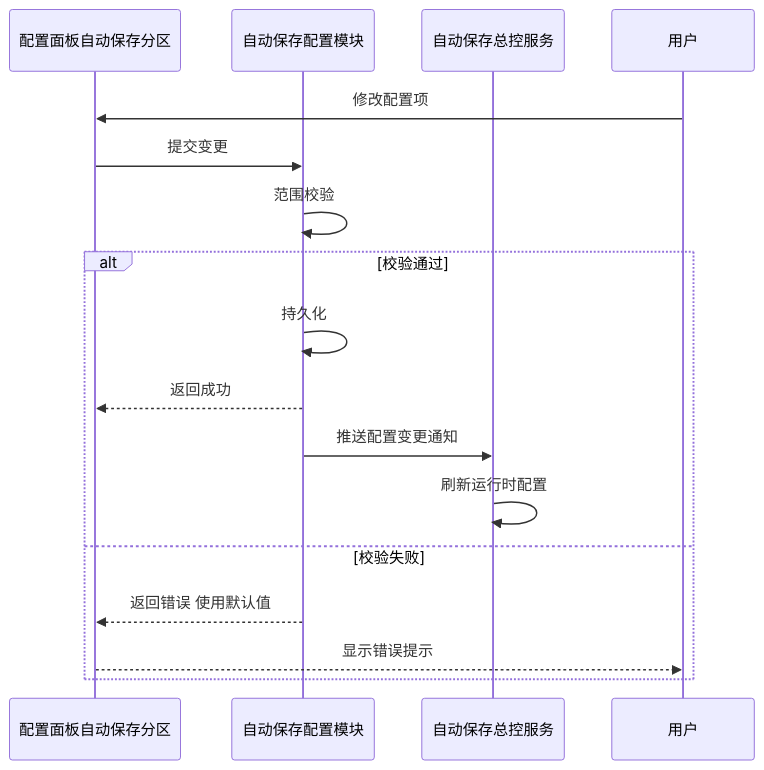
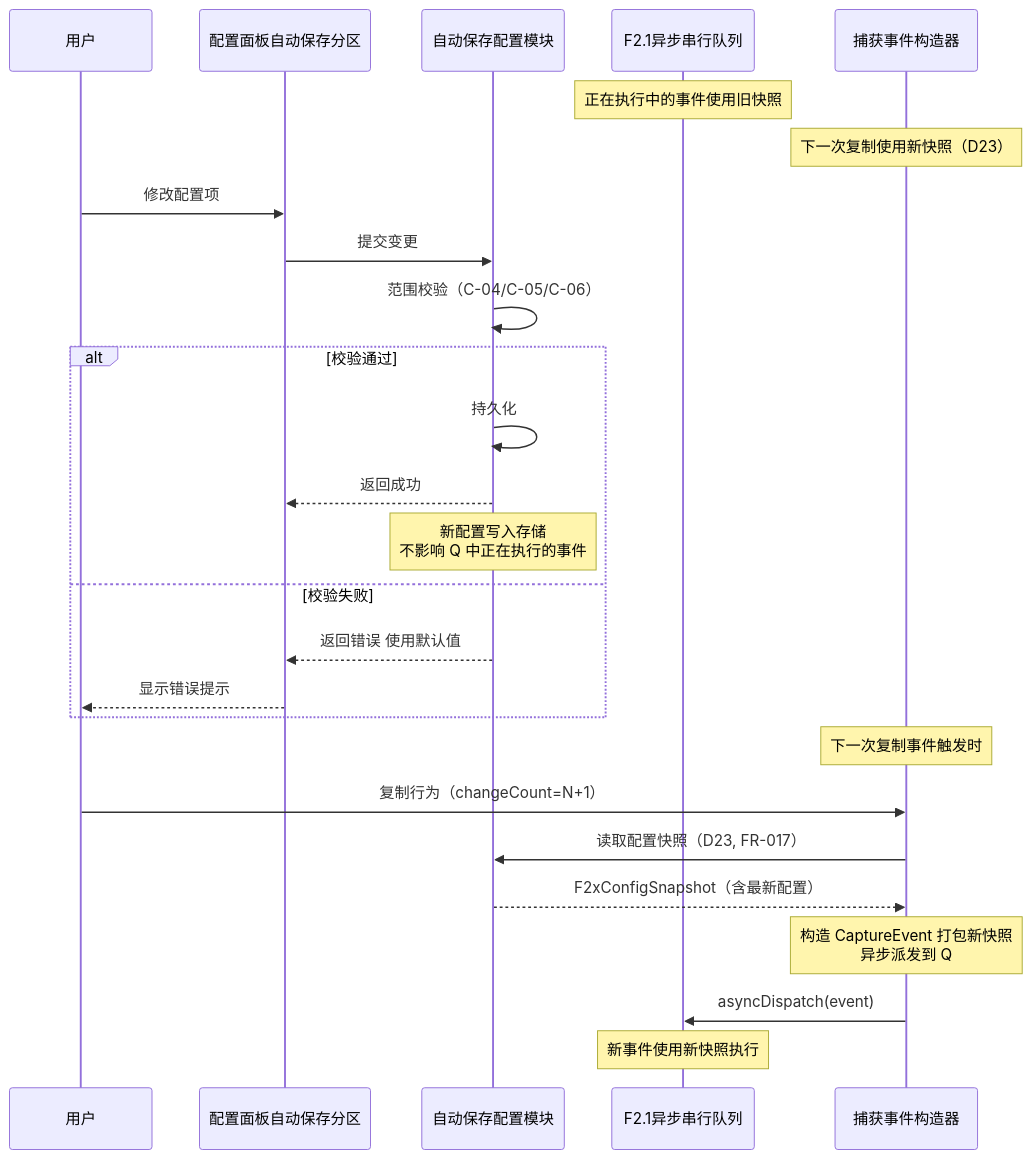
One commit to marcocpt/ClipMind changed the third of 6 diagrams in docs/planning/P1/F2.1/F2.1_自动保存到文件_设计文档.md. Above: the diagram before and after it, drawn with Mermaid. The commit also changed other lines of this file and 3 other files, not shown here.

First line of the commit message:
docs(F2.1): revise specs based on 24 architecture decisions

````diff
--- a/docs/planning/P1/F2.1/F2.1_自动保存到文件_设计文档.md
+++ b/docs/planning/P1/F2.1/F2.1_自动保存到文件_设计文档.md
@@ -259,20 +339,31 @@
 ```mermaid
 sequenceDiagram
+    participant U as 用户
     participant P as 配置面板自动保存分区
     participant M as 自动保存配置模块
-    participant T as 自动保存总控服务
-    participant U as 用户
+    participant Q as F2.1异步串行队列
+    participant EC as 捕获事件构造器
+
+    Note over Q: 正在执行中的事件使用旧快照
+    Note over EC: 下一次复制使用新快照（D23）
 
     U->>P: 修改配置项
     P->>M: 提交变更
-    M->>M: 范围校验
+    M->>M: 范围校验（C-04/C-05/C-06）
     alt 校验通过
         M->>M: 持久化
         M-->>P: 返回成功
-        M->>T: 推送配置变更通知
-        T->>T: 刷新运行时配置
+        Note over M: 新配置写入存储<br/>不影响 Q 中正在执行的事件
     else 校验失败
         M-->>P: 返回错误 使用默认值
         P-->>U: 显示错误提示
     end
+
+    Note over EC: 下一次复制事件触发时
+    U->>EC: 复制行为（changeCount=N+1）
+    EC->>M: 读取配置快照（D23, FR-017）
+    M-->>EC: F2xConfigSnapshot（含最新配置）
+    Note over EC: 构造 CaptureEvent 打包新快照<br/>异步派发到 Q
+    EC->>Q: asyncDispatch(event)
+    Note over Q: 新事件使用新快照执行
 ```
````
